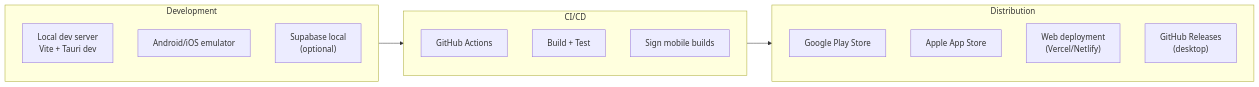
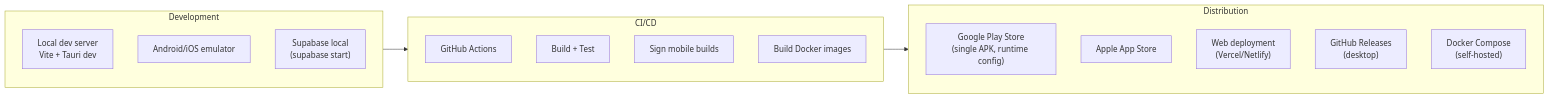
Before and after one commit to rghsoftware/ardent-forge: diagram 16 of 16 in docs/07-architecture.md, drawn with Mermaid. The commit also changed other lines of this file and 14 other files, not shown here.

````diff
--- a/docs/07-architecture.md
+++ b/docs/07-architecture.md
@@ -475,23 +639,25 @@
 ```mermaid
 flowchart LR
     subgraph Development["Development"]
         Local["Local dev server<br/>Vite + Tauri dev"]
         Emulator["Android/iOS emulator"]
-        SupaLocal["Supabase local<br/>(optional)"]
+        SupaLocal["Supabase local<br/>(supabase start)"]
     end
-    
+
     subgraph CI["CI/CD"]
         GitHub["GitHub Actions"]
         Build["Build + Test"]
         Sign["Sign mobile builds"]
+        Docker["Build Docker images"]
     end
-    
+
     subgraph Distribution["Distribution"]
-        PlayStore["Google Play Store"]
+        PlayStore["Google Play Store<br/>(single APK, runtime config)"]
         AppStore["Apple App Store"]
         Web["Web deployment<br/>(Vercel/Netlify)"]
         GitHubRel["GitHub Releases<br/>(desktop)"]
+        DockerHub["Docker Compose<br/>(self-hosted)"]
     end
-    
+
     Development --> CI --> Distribution
 ```
````
